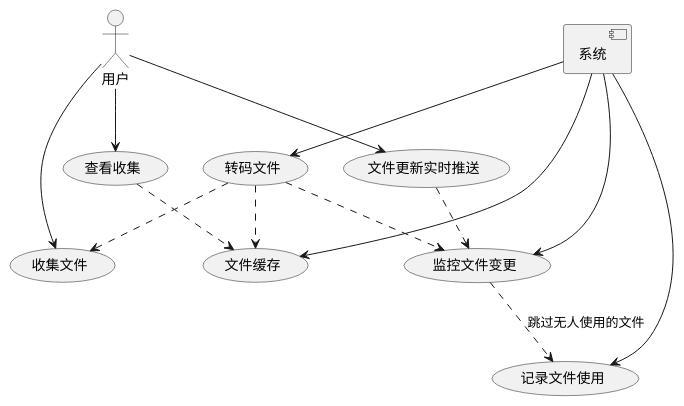
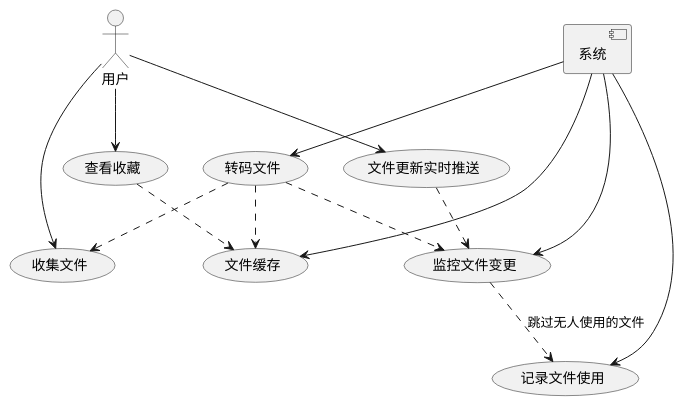
The diagram in docs/server/index.rst (WuLiFang/csheet), drawn with PlantUML before and after one commit. The commit also changed other lines of this file and 4 other files, not shown here.

```diff
--- a/docs/server/index.rst
+++ b/docs/server/index.rst
@@ -17,15 +17,15 @@
 .. uml::
 
-  :用户: --> (查看收集)
+  :用户: --> (查看收藏)
   :用户: --> (文件更新实时推送)
   :用户: --> (收集文件)
   [系统] --> (转码文件)
   [系统] --> (监控文件变更)
   [系统] --> (记录文件使用)
   [系统] --> (文件缓存)
   (转码文件) ..> (收集文件)
-  (查看收集) ..> (文件缓存)
+  (查看收藏) ..> (文件缓存)
   (转码文件) ..> (文件缓存)
   (文件更新实时推送) ..> (监控文件变更)
   (转码文件) ..> (监控文件变更)
   (监控文件变更) ..> (记录文件使用): 跳过无人使用的文件
```
